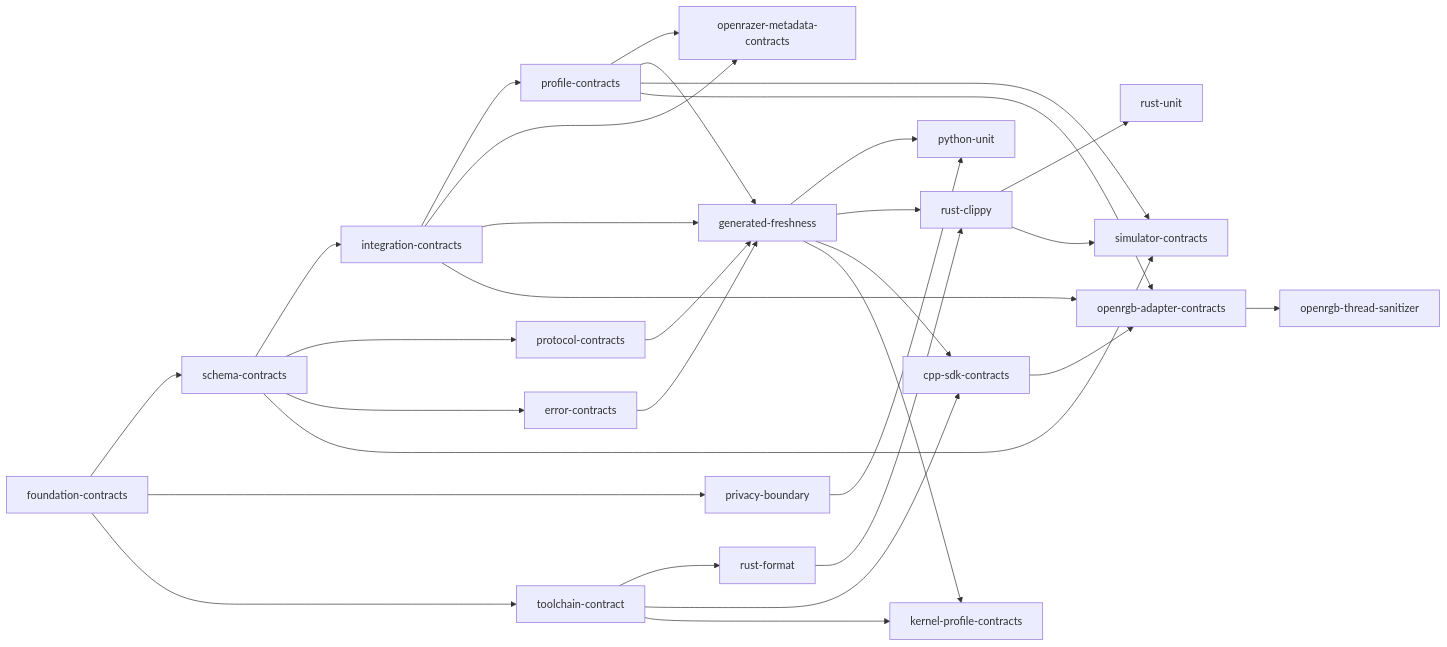
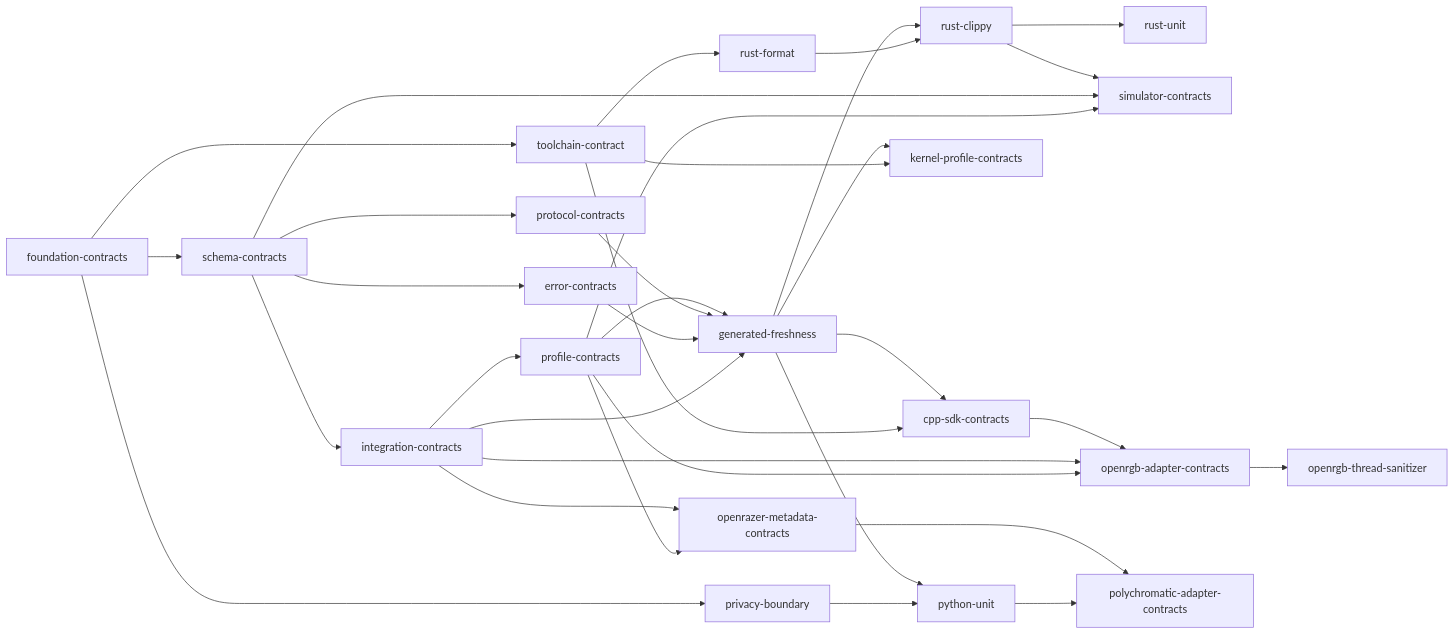
One commit to offalexjackson777-stack/hyperflux-next changed the diagram in docs/generated/verification.md. Above: the diagram before and after it, drawn with Mermaid. The commit also changed other lines of this file and 23 other files, not shown here.

````diff
--- a/docs/generated/verification.md
+++ b/docs/generated/verification.md
@@ -32,52 +33,55 @@
 ```mermaid
 flowchart LR
     foundation_contracts["foundation-contracts"]
     schema_contracts["schema-contracts"]
     privacy_boundary["privacy-boundary"]
     toolchain_contract["toolchain-contract"]
     integration_contracts["integration-contracts"]
     protocol_contracts["protocol-contracts"]
     error_contracts["error-contracts"]
     rust_format["rust-format"]
     profile_contracts["profile-contracts"]
     openrazer_metadata_contracts["openrazer-metadata-contracts"]
     generated_freshness["generated-freshness"]
     python_unit["python-unit"]
     rust_clippy["rust-clippy"]
     cpp_sdk_contracts["cpp-sdk-contracts"]
     kernel_profile_contracts["kernel-profile-contracts"]
     rust_unit["rust-unit"]
     simulator_contracts["simulator-contracts"]
     openrgb_adapter_contracts["openrgb-adapter-contracts"]
+    polychromatic_adapter_contracts["polychromatic-adapter-contracts"]
     openrgb_thread_sanitizer["openrgb-thread-sanitizer"]
     foundation_contracts --> schema_contracts
     foundation_contracts --> privacy_boundary
     foundation_contracts --> toolchain_contract
     schema_contracts --> integration_contracts
     schema_contracts --> protocol_contracts
     schema_contracts --> error_contracts
     toolchain_contract --> rust_format
     integration_contracts --> profile_contracts
     integration_contracts --> openrazer_metadata_contracts
     profile_contracts --> openrazer_metadata_contracts
     profile_contracts --> generated_freshness
     protocol_contracts --> generated_freshness
     error_contracts --> generated_freshness
     integration_contracts --> generated_freshness
     generated_freshness --> python_unit
     privacy_boundary --> python_unit
     generated_freshness --> rust_clippy
     rust_format --> rust_clippy
     generated_freshness --> cpp_sdk_contracts
     toolchain_contract --> cpp_sdk_contracts
     generated_freshness --> kernel_profile_contracts
     toolchain_contract --> kernel_profile_contracts
     rust_clippy --> rust_unit
     rust_clippy --> simulator_contracts
     schema_contracts --> simulator_contracts
     profile_contracts --> simulator_contracts
     cpp_sdk_contracts --> openrgb_adapter_contracts
     integration_contracts --> openrgb_adapter_contracts
     profile_contracts --> openrgb_adapter_contracts
+    openrazer_metadata_contracts --> polychromatic_adapter_contracts
+    python_unit --> polychromatic_adapter_contracts
     openrgb_adapter_contracts --> openrgb_thread_sanitizer
 ```
````
